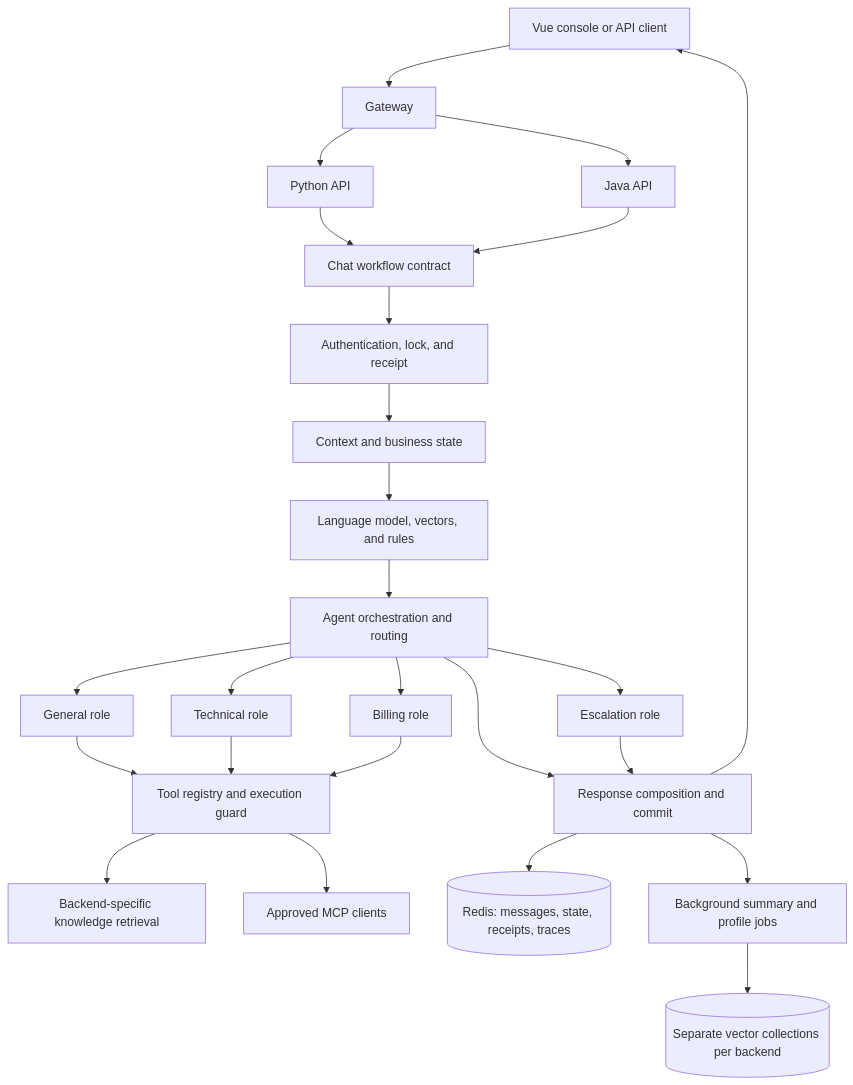
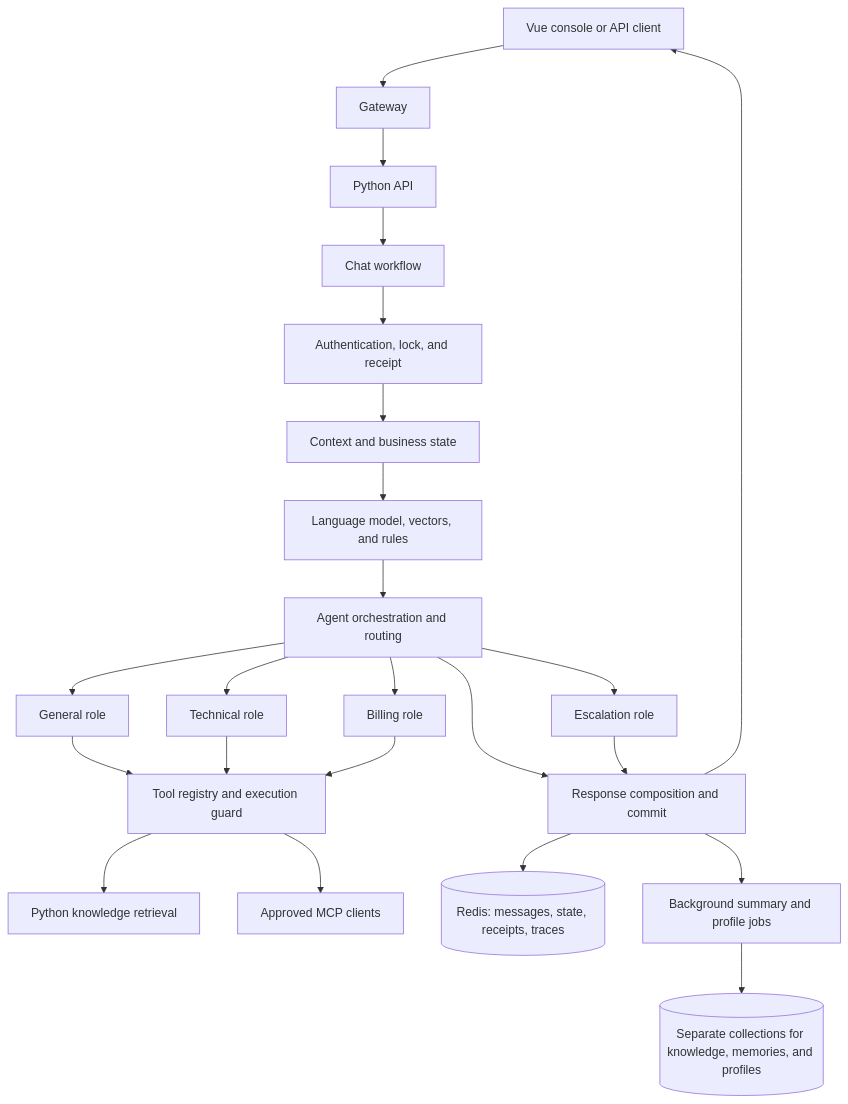
Before and after one commit to Bruce-Yu-1203/agentflow: the diagram in docs/technical-design.md, drawn with Mermaid. The commit also changed other lines of this file and 2 other files, not shown here.

Commit message:
docs: remove out-of-scope backend content

````diff
--- a/docs/technical-design.md
+++ b/docs/technical-design.md
@@ -13,27 +13,25 @@
 ```mermaid
 flowchart TD
     Client[Vue console or API client] --> Gateway[Gateway]
     Gateway --> Python[Python API]
-    Gateway --> Java[Java API]
-    Python --> Chat[Chat workflow contract]
-    Java --> Chat
+    Python --> Chat[Chat workflow]
     Chat --> Guard[Authentication, lock, and receipt]
     Guard --> Context[Context and business state]
     Context --> Intent[Language model, vectors, and rules]
     Intent --> Router[Agent orchestration and routing]
     Router --> General[General role]
     Router --> Technical[Technical role]
     Router --> Billing[Billing role]
     Router --> Escalation[Escalation role]
     General --> Tools[Tool registry and execution guard]
     Technical --> Tools
     Billing --> Tools
-    Tools --> Knowledge[Backend-specific knowledge retrieval]
+    Tools --> Knowledge[Python knowledge retrieval]
     Tools --> MCP[Approved MCP clients]
     Router --> Commit[Response composition and commit]
     Escalation --> Commit
     Commit --> Redis[(Redis: messages, state, receipts, traces)]
     Commit --> Client
     Commit --> Worker[Background summary and profile jobs]
-    Worker --> VectorDB[(Separate vector collections per backend)]
+    Worker --> VectorDB[(Separate collections for knowledge, memories, and profiles)]
 ```
````
